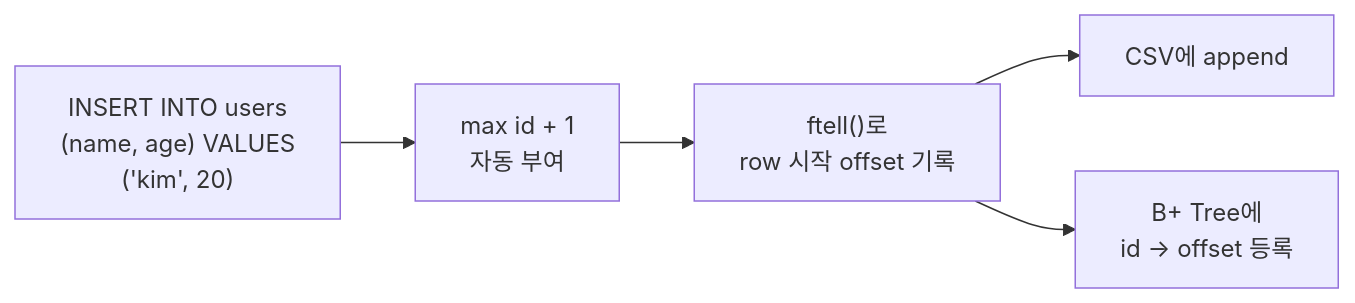
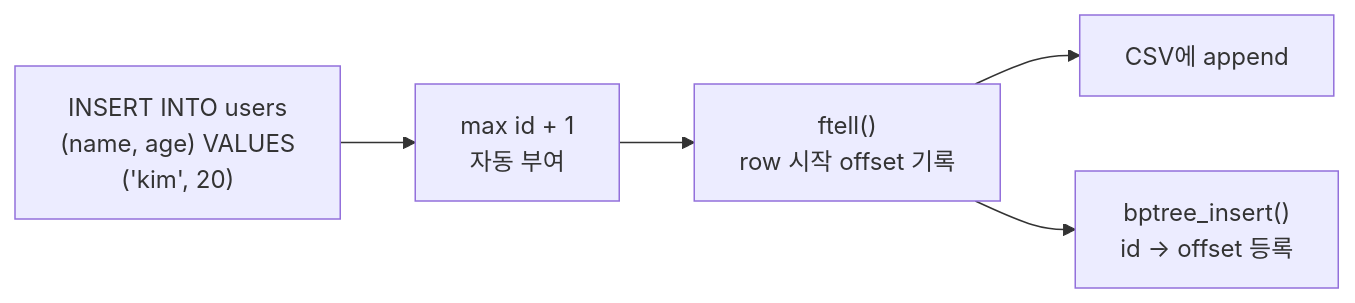
The fourth of 6 diagrams in docs/presentation.md (Jungle-12-303/week7-02-sql-index), drawn with Mermaid before and after one commit. The commit also changed other lines of this file, not shown here.

````diff
--- a/docs/presentation.md
+++ b/docs/presentation.md
@@ -84,7 +82,7 @@
 ```mermaid
 flowchart LR
     A["INSERT INTO users\n(name, age) VALUES\n('kim', 20)"] --> B["max id + 1\n자동 부여"]
-    B --> C["ftell()로\nrow 시작 offset 기록"]
+    B --> C["ftell()\nrow 시작 offset 기록"]
     C --> D["CSV에 append"]
-    C --> E["B+ Tree에\nid → offset 등록"]
+    C --> E["bptree_insert()\nid → offset 등록"]
 ```
````
